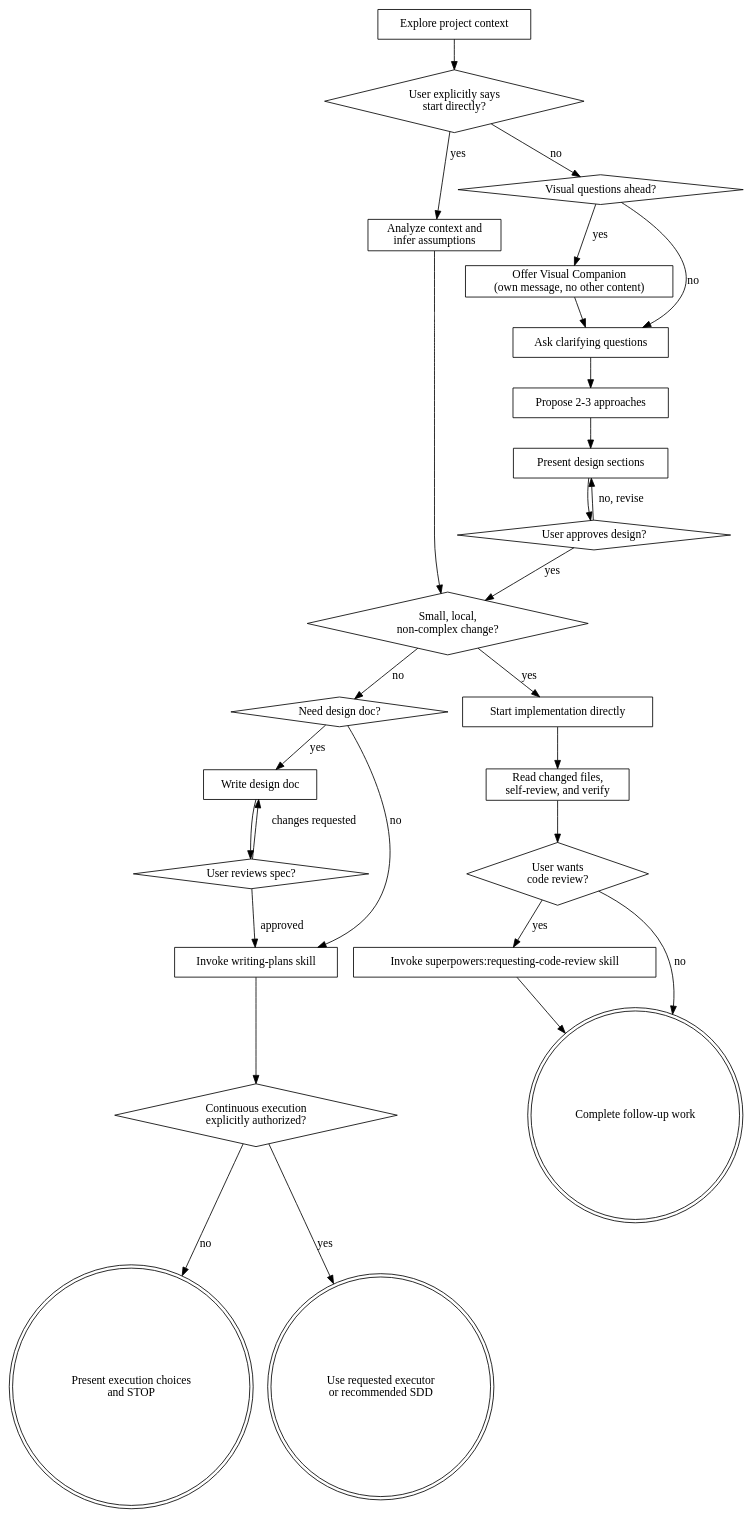
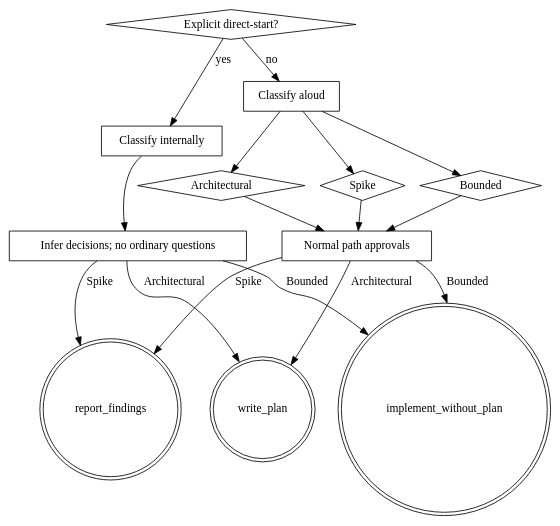
One commit to HeathWang/superpowers changed the diagram in skills/brainstorming/SKILL.md. Above: the diagram before and after it, drawn with Graphviz. The commit also changed other lines of this file and 50 other files, not shown here.

````diff
--- a/skills/brainstorming/SKILL.md
+++ b/skills/brainstorming/SKILL.md
@@ -95,54 +150,31 @@
 ```dot
 digraph brainstorming {
-    "Explore project context" [shape=box];
-    "User explicitly says\nstart directly?" [shape=diamond];
-    "Analyze context and\ninfer assumptions" [shape=box];
-    "Visual questions ahead?" [shape=diamond];
-    "Offer Visual Companion\n(own message, no other content)" [shape=box];
-    "Ask clarifying questions" [shape=box];
-    "Propose 2-3 approaches" [shape=box];
-    "Present design sections" [shape=box];
-    "User approves design?" [shape=diamond];
-    "Small, local,\nnon-complex change?" [shape=diamond];
-    "Need design doc?" [shape=diamond];
-    "Write design doc" [shape=box];
-    "User reviews spec?" [shape=diamond];
-    "Start implementation directly" [shape=box];
-    "Read changed files,\nself-review, and verify" [shape=box];
-    "User wants\ncode review?" [shape=diamond];
-    "Invoke superpowers:requesting-code-review skill" [shape=box];
-    "Invoke writing-plans skill" [shape=box];
-    "Continuous execution\nexplicitly authorized?" [shape=diamond];
-    "Present execution choices\nand STOP" [shape=doublecircle];
-    "Use requested executor\nor recommended SDD" [shape=doublecircle];
-    "Complete follow-up work" [shape=doublecircle];
+    "Explicit direct-start?" [shape=diamond];
+    "Classify aloud" [shape=box];
+    "Classify internally" [shape=box];
+    "Spike" [shape=diamond];
+    "Bounded" [shape=diamond];
+    "Architectural" [shape=diamond];
+    "Normal path approvals" [shape=box];
+    "Infer decisions; no ordinary questions" [shape=box];
+    "report_findings" [shape=doublecircle];
+    "implement_without_plan" [shape=doublecircle];
+    "write_plan" [shape=doublecircle];
 
-    "Explore project context" -> "User explicitly says\nstart directly?";
-    "User explicitly says\nstart directly?" -> "Analyze context and\ninfer assumptions" [label="yes"];
-    "User explicitly says\nstart directly?" -> "Visual questions ahead?" [label="no"];
-    "Analyze context and\ninfer assumptions" -> "Small, local,\nnon-complex change?";
-    "Visual questions ahead?" -> "Offer Visual Companion\n(own message, no other content)" [label="yes"];
-    "Visual questions ahead?" -> "Ask clarifying questions" [label="no"];
-    "Offer Visual Companion\n(own message, no other content)" -> "Ask clarifying questions";
-    "Ask clarifying questions" -> "Propose 2-3 approaches";
-    "Propose 2-3 approaches" -> "Present design sections";
-    "Present design sections" -> "User approves design?";
-    "User approves design?" -> "Present design sections" [label="no, revise"];
-    "User approves design?" -> "Small, local,\nnon-complex change?" [label="yes"];
-    "Small, local,\nnon-complex change?" -> "Start implementation directly" [label="yes"];
-    "Small, local,\nnon-complex change?" -> "Need design doc?" [label="no"];
-    "Need design doc?" -> "Write design doc" [label="yes"];
-    "Need design doc?" -> "Invoke writing-plans skill" [label="no"];
-    "User reviews spec?" -> "Write design doc" [label="changes requested"];
-    "Write design doc" -> "User reviews spec?";
-    "User reviews spec?" -> "Invoke writing-plans skill" [label="approved"];
-    "Invoke writing-plans skill" -> "Continuous execution\nexplicitly authorized?";
-    "Continuous execution\nexplicitly authorized?" -> "Present execution choices\nand STOP" [label="no"];
-    "Continuous execution\nexplicitly authorized?" -> "Use requested executor\nor recommended SDD" [label="yes"];
-    "Start implementation directly" -> "Read changed files,\nself-review, and verify";
-    "Read changed files,\nself-review, and verify" -> "User wants\ncode review?";
-    "User wants\ncode review?" -> "Invoke superpowers:requesting-code-review skill" [label="yes"];
-    "User wants\ncode review?" -> "Complete follow-up work" [label="no"];
-    "Invoke superpowers:requesting-code-review skill" -> "Complete follow-up work";
+    "Explicit direct-start?" -> "Classify internally" [label="yes"];
+    "Explicit direct-start?" -> "Classify aloud" [label="no"];
+    "Classify aloud" -> "Spike";
+    "Classify aloud" -> "Bounded";
+    "Classify aloud" -> "Architectural";
+    "Classify internally" -> "Infer decisions; no ordinary questions";
+    "Infer decisions; no ordinary questions" -> "report_findings" [label="Spike"];
+    "Infer decisions; no ordinary questions" -> "implement_without_plan" [label="Bounded"];
+    "Infer decisions; no ordinary questions" -> "write_plan" [label="Architectural"];
+    "Spike" -> "Normal path approvals";
+    "Bounded" -> "Normal path approvals";
+    "Architectural" -> "Normal path approvals";
+    "Normal path approvals" -> "report_findings" [label="Spike"];
+    "Normal path approvals" -> "implement_without_plan" [label="Bounded"];
+    "Normal path approvals" -> "write_plan" [label="Architectural"];
 }
 ```
````
